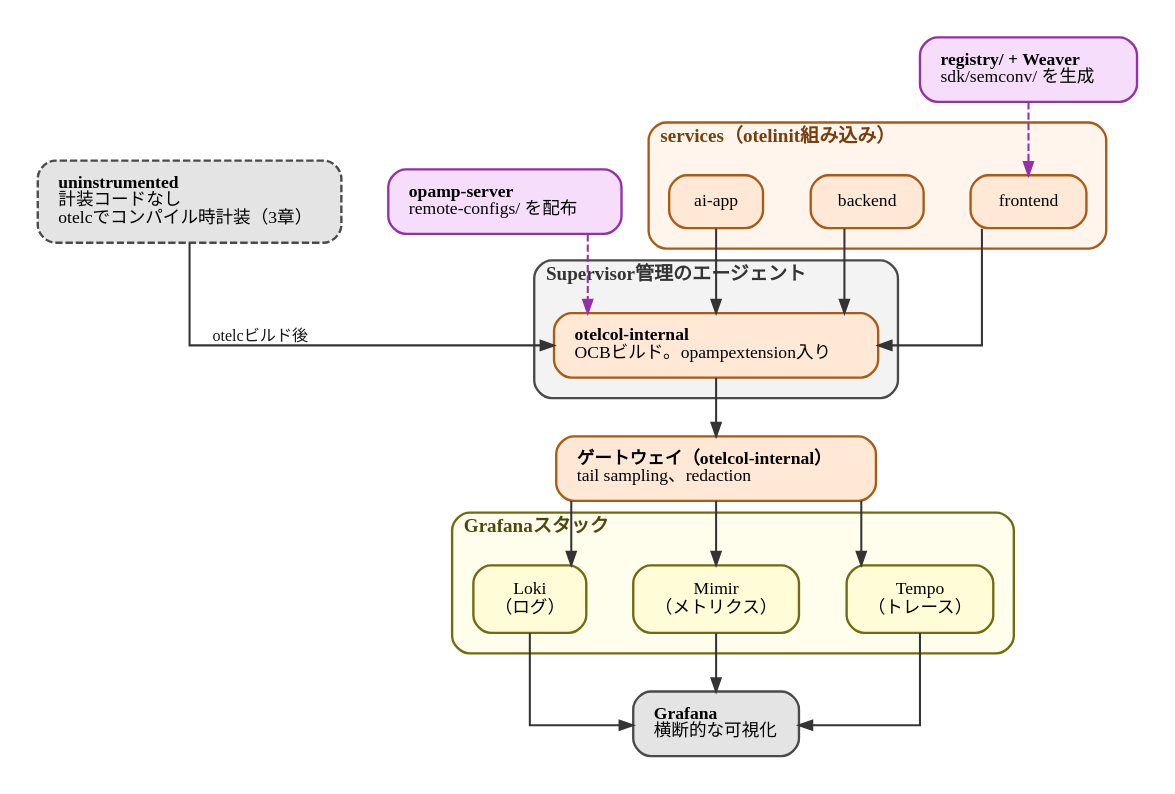
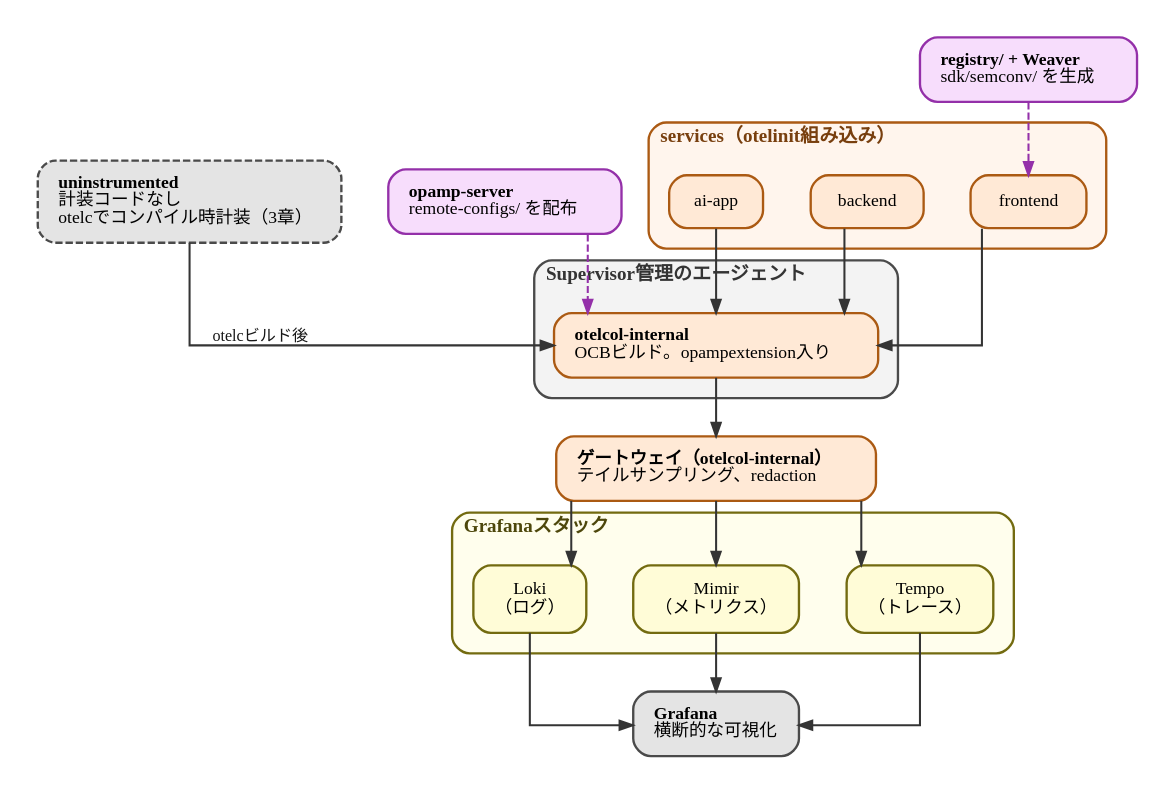
The diagram in diagrams/observability-platform-with-otel/20260926-blueprint-overview.dot (ymotongpoo/zenn.dev), drawn with Graphviz before and after one commit. The commit also changed 13 other files, not shown here.

```diff
--- a/diagrams/observability-platform-with-otel/20260926-blueprint-overview.dot
+++ b/diagrams/observability-platform-with-otel/20260926-blueprint-overview.dot
@@ -1,70 +1,70 @@
 // リファレンス実装 otel-platform-blueprint の全体構成
 digraph blueprint_overview {
   graph [
     fontname="IBM Plex Sans JP", fontsize=13,
     rankdir=TB, compound=true, splines=ortho,
     nodesep=0.45, ranksep=0.55, pad=0.25,
     bgcolor="white", newrank=true
   ];
   node [
     fontname="IBM Plex Sans JP", fontsize=12,
     shape=box, style="rounded,filled",
     fillcolor="#E4E4E4", color="#4A4A4A", penwidth=1.6,
     margin="0.2,0.14"
   ];
   edge [
     fontname="IBM Plex Sans JP", fontsize=11,
     color="#343434", penwidth=1.4, arrowsize=0.9,
     fontcolor="#171717"
   ];
 
   subgraph cluster_services {
     label=<<b>services（otelinit組み込み）</b>>;
     labeljust="l"; style="rounded"; penwidth=1.6;
     color="#AB5A13"; bgcolor="#FFF5ED"; fontcolor="#783F0E"; margin=14;
     frontend [label="frontend", fillcolor="#FFE9D6", color="#AB5A13"];
     backendsvc [label="backend", fillcolor="#FFE9D6", color="#AB5A13"];
     aiapp [label="ai-app", fillcolor="#FFE9D6", color="#AB5A13"];
   }
 
   uninstr [label=<<b>uninstrumented</b><br align="left"/>計装コードなし<br align="left"/>otelcでコンパイル時計装（3章）<br align="left"/>>, style="rounded,filled,dashed", fillcolor="#E4E4E4", color="#4A4A4A"];
 
   subgraph cluster_agent {
     label=<<b>Supervisor管理のエージェント</b>>;
     labeljust="l"; style="rounded"; penwidth=1.6;
     color="#4A4A4A"; bgcolor="#F3F3F3"; fontcolor="#343434"; margin=14;
     agent [label=<<b>otelcol-internal</b><br align="left"/>OCBビルド。opampextension入り<br align="left"/>>, fillcolor="#FFE9D6", color="#AB5A13"];
   }
 
   opamp [label=<<b>opamp-server</b><br align="left"/>remote-configs/ を配布<br align="left"/>>, fillcolor="#F7DDFC", color="#9430A9"];
-  gateway [label=<<b>ゲートウェイ（otelcol-internal）</b><br align="left"/>tail sampling、redaction<br align="left"/>>, fillcolor="#FFE9D6", color="#AB5A13"];
+  gateway [label=<<b>ゲートウェイ（otelcol-internal）</b><br align="left"/>テイルサンプリング、redaction<br align="left"/>>, fillcolor="#FFE9D6", color="#AB5A13"];
 
   subgraph cluster_backend {
     label=<<b>Grafanaスタック</b>>;
     labeljust="l"; style="rounded"; penwidth=1.6;
     color="#736B10"; bgcolor="#FFFEED"; fontcolor="#4D470B"; margin=14;
     tempo [label="Tempo\n（トレース）", fillcolor="#FFFCD7", color="#736B10"];
     mimir [label="Mimir\n（メトリクス）", fillcolor="#FFFCD7", color="#736B10"];
     loki [label="Loki\n（ログ）", fillcolor="#FFFCD7", color="#736B10"];
   }
 
   grafana [label=<<b>Grafana</b><br align="left"/>横断的な可視化<br align="left"/>>];
   weaverreg [label=<<b>registry/ + Weaver</b><br align="left"/>sdk/semconv/ を生成<br align="left"/>>, fillcolor="#F7DDFC", color="#9430A9"];
 
   frontend -> agent;
   backendsvc -> agent;
   aiapp -> agent;
   uninstr -> agent [xlabel=" otelcビルド後"];
   agent -> gateway;
   gateway -> tempo;
   gateway -> mimir;
   gateway -> loki;
   tempo -> grafana;
   mimir -> grafana;
   loki -> grafana;
 
   // 点線の意味（設定と生成物の配布先）はキャプションが述べている。
   // ラベルを置くとクラスタの枠線や矢印の線に乗る。
   opamp -> agent [style=dashed, color="#9430A9", fontcolor="#6A2278"];
   weaverreg -> frontend [style=dashed, color="#9430A9", fontcolor="#6A2278"];
 }
```
